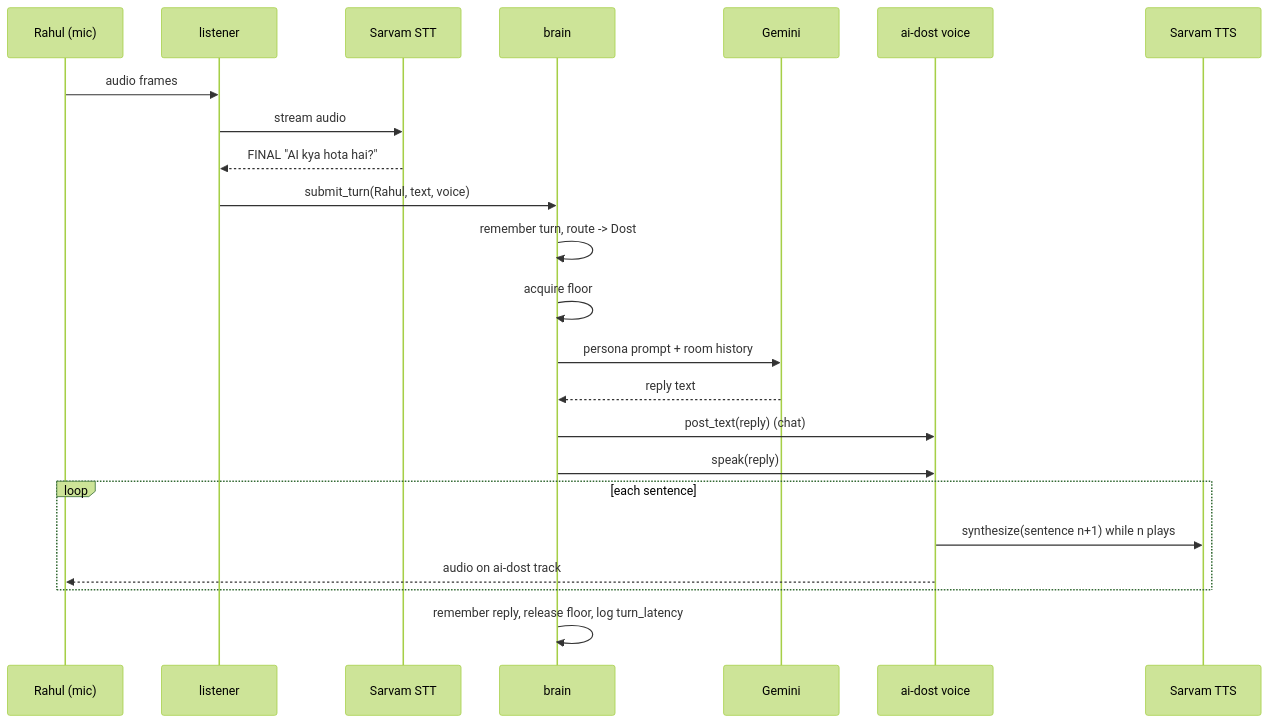
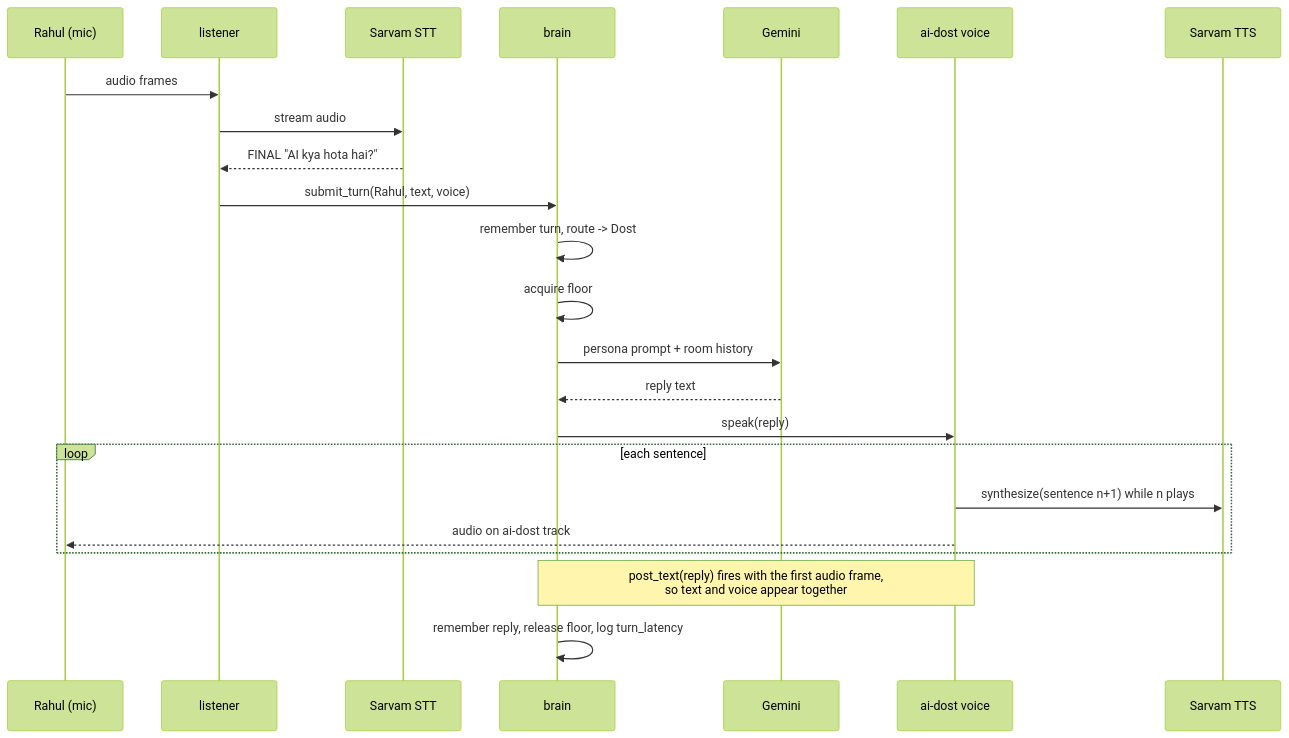
The second of 4 diagrams in docs/ARCHITECTURE.md (YuvrajSatwan/ai-voice-room-orchestrator), drawn with Mermaid (forest theme) before and after one commit. The commit also changed other lines of this file and 42 other files, not shown here.

````diff
--- a/docs/ARCHITECTURE.md
+++ b/docs/ARCHITECTURE.md
@@ -68,26 +68,26 @@
 ```mermaid
 sequenceDiagram
     participant U as Rahul (mic)
     participant L as listener
     participant STT as Sarvam STT
     participant B as brain
     participant LLM as Gemini
     participant V as ai-dost voice
     participant TTS as Sarvam TTS
 
     U->>L: audio frames
     L->>STT: stream audio
     STT-->>L: FINAL "AI kya hota hai?"
     L->>B: submit_turn(Rahul, text, voice)
     B->>B: remember turn, route -> Dost
     B->>B: acquire floor
     B->>LLM: persona prompt + room history
     LLM-->>B: reply text
-    B->>V: post_text(reply)  (chat)
     B->>V: speak(reply)
     loop each sentence
         V->>TTS: synthesize(sentence n+1) while n plays
         V-->>U: audio on ai-dost track
     end
+    Note over B,V: post_text(reply) fires with the first audio frame,<br/>so text and voice appear together
     B->>B: remember reply, release floor, log turn_latency
 ```
````
